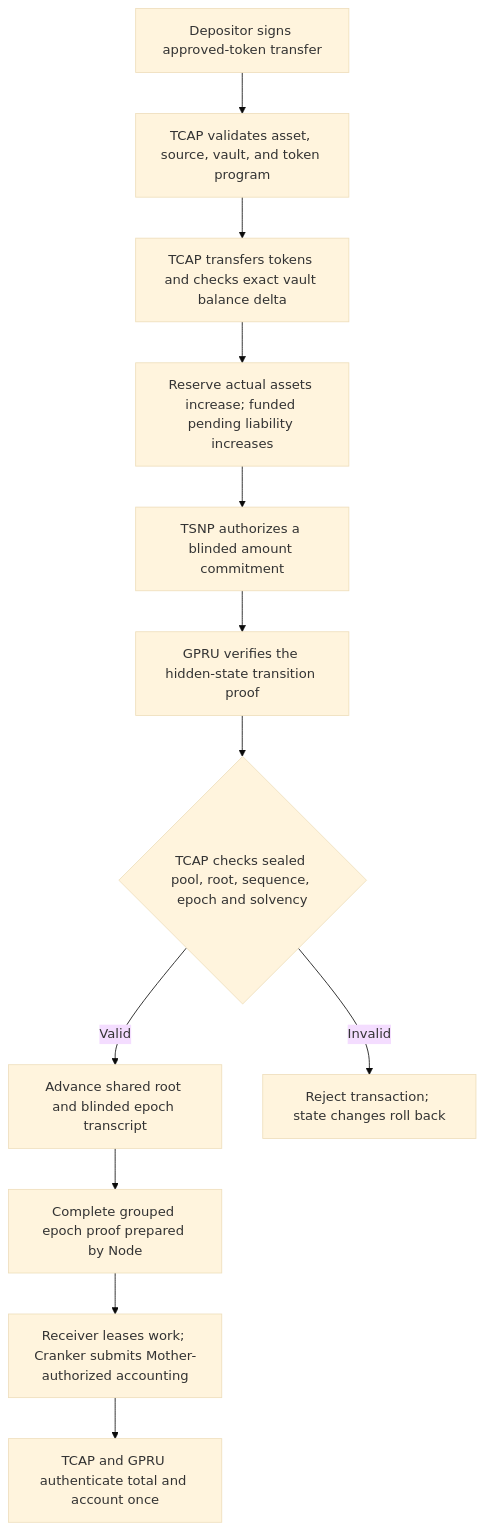
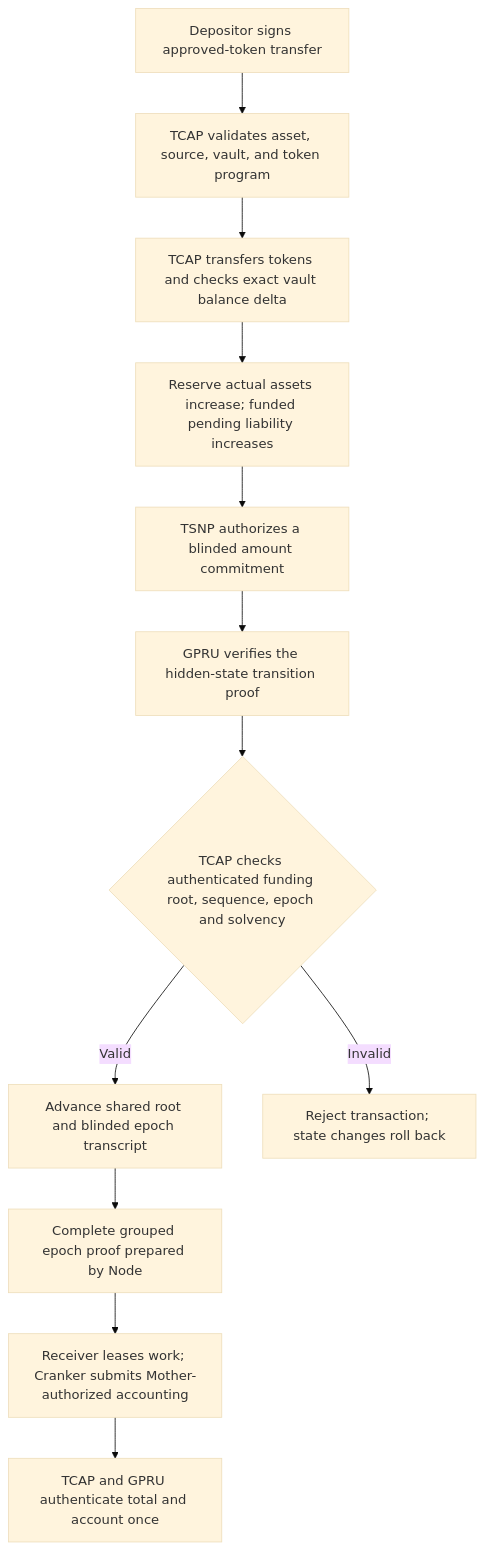
The diagram in docs/TCAP-FUND-PROTECTION.md (bigdreamsweb3/trustlink-pay), drawn with Mermaid (base theme) before and after one commit. The commit also changed other lines of this file and 1509 other files, not shown here.

````diff
--- a/docs/TCAP-FUND-PROTECTION.md
+++ b/docs/TCAP-FUND-PROTECTION.md
@@ -9,14 +9,14 @@
 ```mermaid
 flowchart TD
     A[Depositor signs approved-token transfer] --> B[TCAP validates asset, source, vault, and token program]
     B --> C[TCAP transfers tokens and checks exact vault balance delta]
     C --> D[Reserve actual assets increase; funded pending liability increases]
     D --> E[TSNP authorizes a blinded amount commitment]
     E --> F[GPRU verifies the hidden-state transition proof]
-    F --> G{TCAP checks sealed pool, root, sequence, epoch and solvency}
+    F --> G{TCAP checks authenticated funding root, sequence, epoch and solvency}
     G -->|Valid| H[Advance shared root and blinded epoch transcript]
     H --> J[Complete grouped epoch proof prepared by Node]
     J --> K[Receiver leases work; Cranker submits Mother-authorized accounting]
     K --> L[TCAP and GPRU authenticate total and account once]
     G -->|Invalid| I[Reject transaction; state changes roll back]
 ```
````
